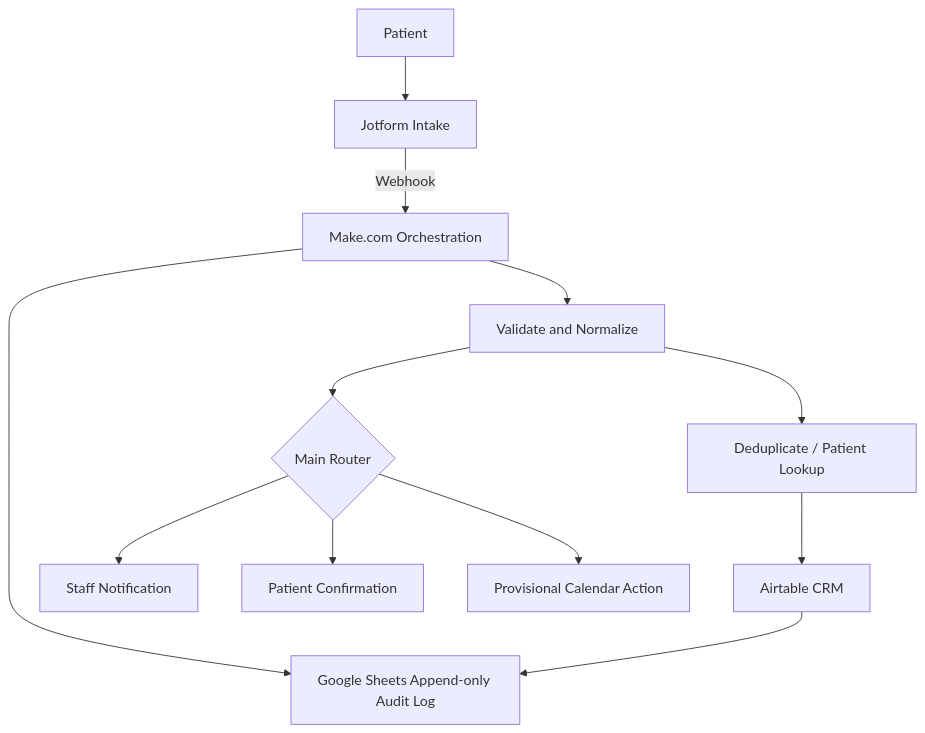
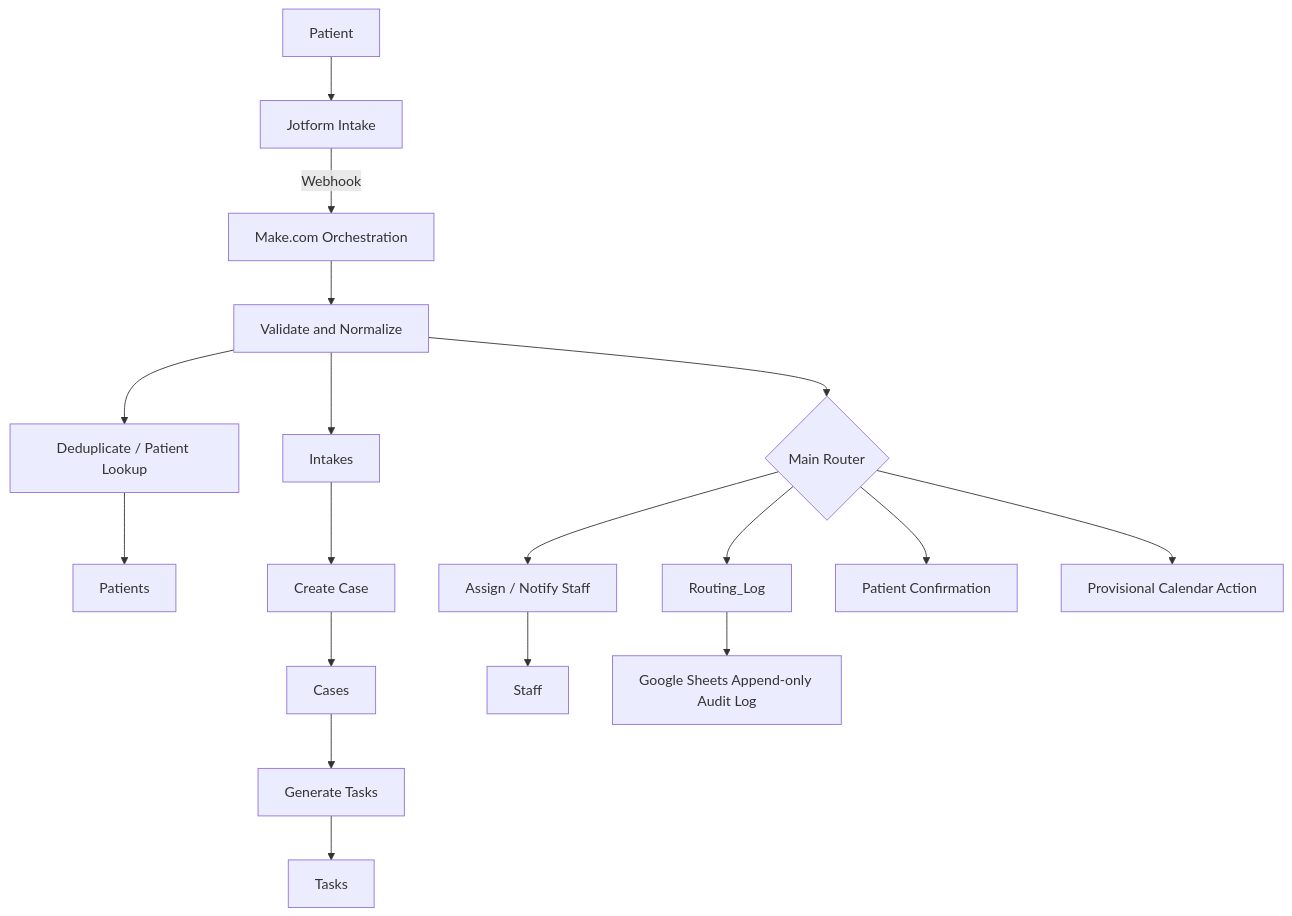
The diagram in 02-medflow-intake-os/README.md (Dudubynatur3/ai-automation-portfolio), drawn with Mermaid before and after one commit. The commit also changed other lines of this file, not shown here.

Commit message:
Correct MedFlow Airtable schema from live base

````diff
--- a/02-medflow-intake-os/README.md
+++ b/02-medflow-intake-os/README.md
@@ -19,14 +17,20 @@
 ```mermaid
 flowchart TD
     A[Patient] --> B[Jotform Intake]
     B -->|Webhook| C[Make.com Orchestration]
     C --> D[Validate and Normalize]
     D --> E[Deduplicate / Patient Lookup]
-    E --> F[Airtable CRM]
+    E --> P[Patients]
+    D --> I[Intakes]
+    I --> CA[Create Case]
+    CA --> CSE[Cases]
+    CSE --> T[Generate Tasks]
+    T --> TS[Tasks]
     D --> G{Main Router}
-    G --> H[Staff Notification]
-    G --> I[Patient Confirmation]
-    G --> J[Provisional Calendar Action]
-    C --> K[Google Sheets Append-only Audit Log]
-    F --> K
+    G --> ST[Assign / Notify Staff]
+    ST --> S[Staff]
+    G --> R[Routing_Log]
+    G --> PC[Patient Confirmation]
+    G --> CAL[Provisional Calendar Action]
+    R --> AUDIT[Google Sheets Append-only Audit Log]
 ```
````
